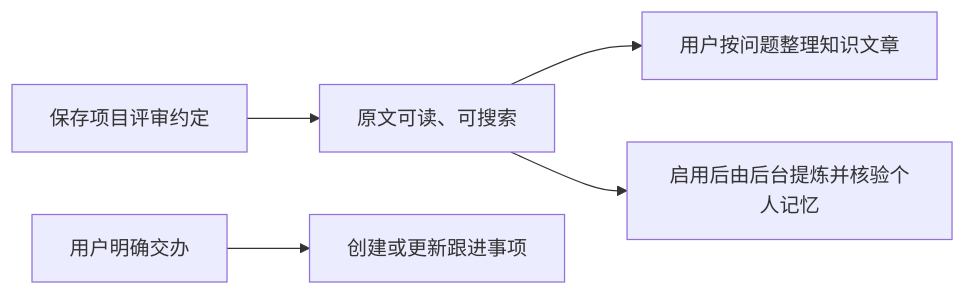
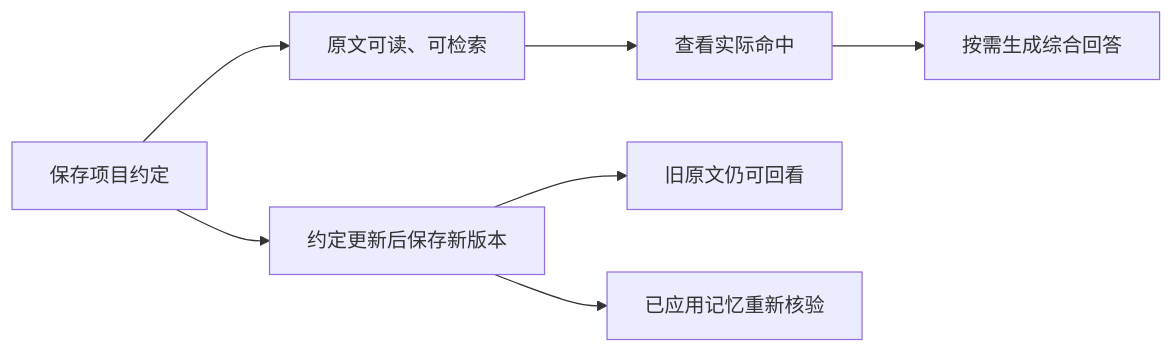
One commit to lejunyang/omem changed the diagram in .repo-review/knowledge/articles/e3a688af2ed1ce2734e7f6a41ed91e4369645398f90a03e28b92c27028f48e1f.md. Above: the diagram before and after it, drawn with Mermaid. The commit also changed other lines of this file and 3 other files, not shown here.

````diff
--- a/.repo-review/knowledge/articles/e3a688af2ed1ce2734e7f6a41ed91e4369645398f90a03e28b92c27028f48e1f.md
+++ b/.repo-review/knowledge/articles/e3a688af2ed1ce2734e7f6a41ed91e4369645398f90a03e28b92c27028f48e1f.md
@@ -52,7 +25,9 @@
 ```mermaid
 flowchart LR
-  A[保存项目评审约定] --> B[原文可读、可搜索]
-  B --> C[用户按问题整理知识文章]
-  B --> D[启用后由后台提炼并核验个人记忆]
-  E[用户明确交办] --> F[创建或更新跟进事项]
+  A[保存项目约定] --> B[原文可读、可检索]
+  B --> C[查看实际命中]
+  C --> D[按需生成综合回答]
+  A --> E[约定更新后保存新版本]
+  E --> F[旧原文仍可回看]
+  E --> G[已应用记忆重新核验]
 ```
````
